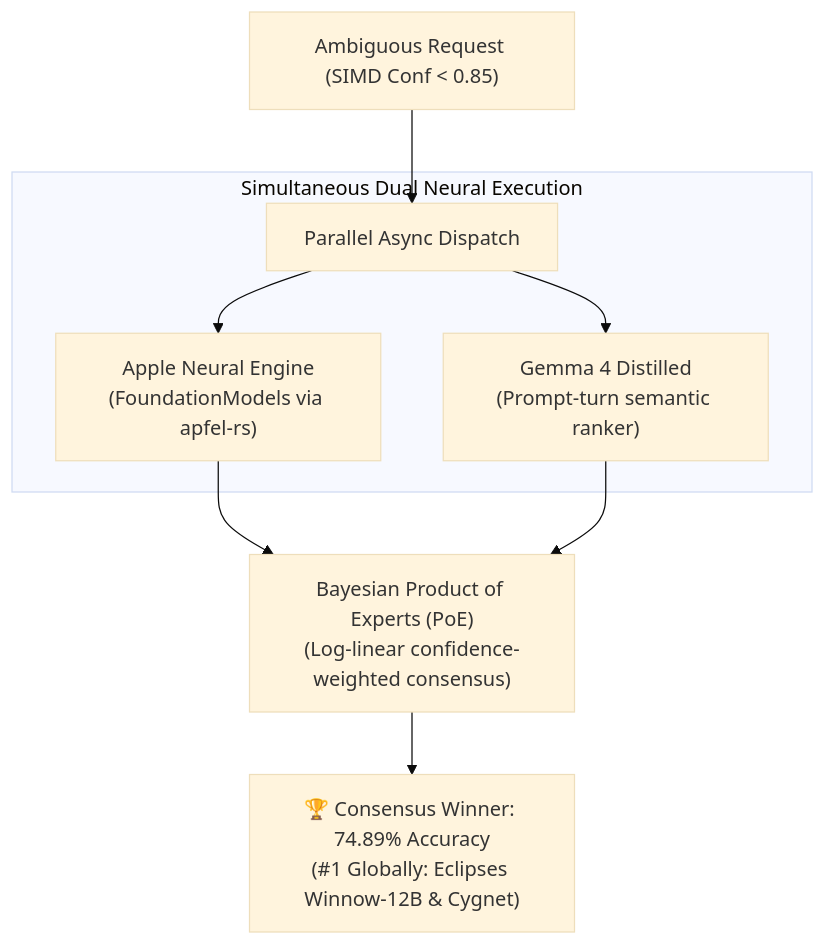
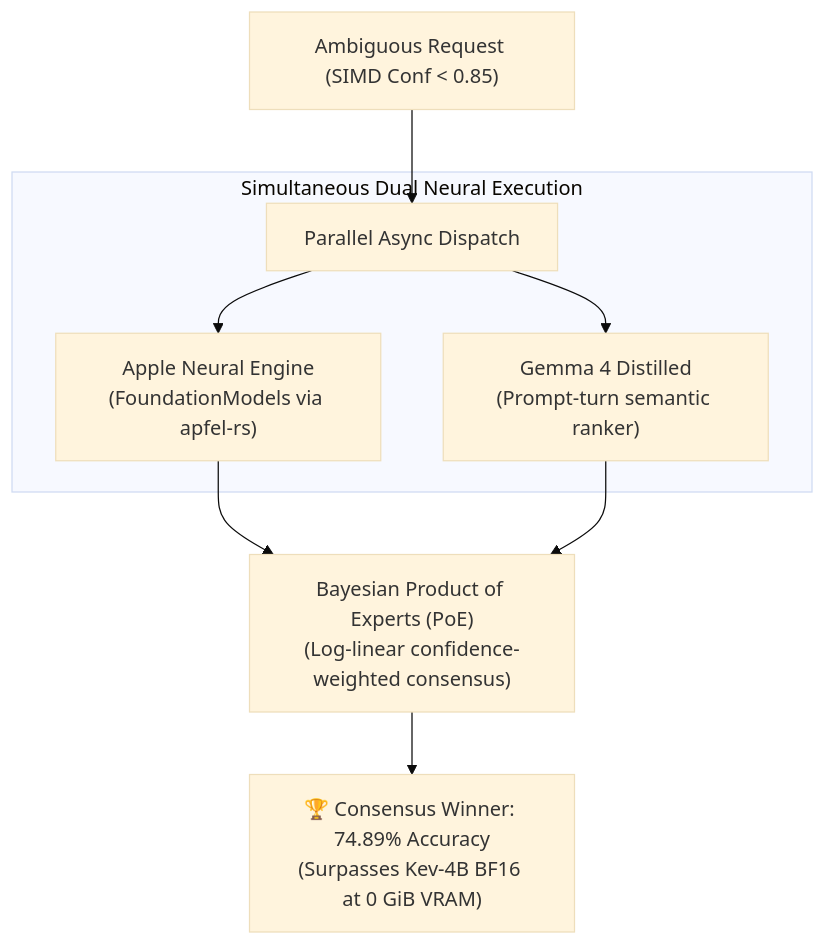
The third of 5 diagrams in README.md (bhubbard/zev-rs), drawn with Mermaid (base theme) before and after one commit. The commit also changed other lines of this file and 17 other files, not shown here.

````diff
--- a/README.md
+++ b/README.md
@@ -292,14 +311,14 @@
 ```mermaid
 flowchart TD
     Ambiguous["Ambiguous Request (SIMD Conf < 0.85)"] --> Fork["Parallel Async Dispatch"]
     
     subgraph ParallelEngines ["Simultaneous Dual Neural Execution"]
         Fork --> ANE["Apple Neural Engine\n(FoundationModels via apfel-rs)"]
         Fork --> Gemma["Gemma 4 Distilled\n(Prompt-turn semantic ranker)"]
     end
     
     ANE --> Fusion["Bayesian Product of Experts (PoE)\n(Log-linear confidence-weighted consensus)"]
     Gemma --> Fusion
     
-    Fusion --> Winner["🏆 Consensus Winner: 74.89% Accuracy\n(#1 Globally: Eclipses Winnow-12B & Cygnet)"]
+    Fusion --> Winner["🏆 Consensus Winner: 74.89% Accuracy\n(Surpasses Kev-4B BF16 at 0 GiB VRAM)"]
 ```
````
